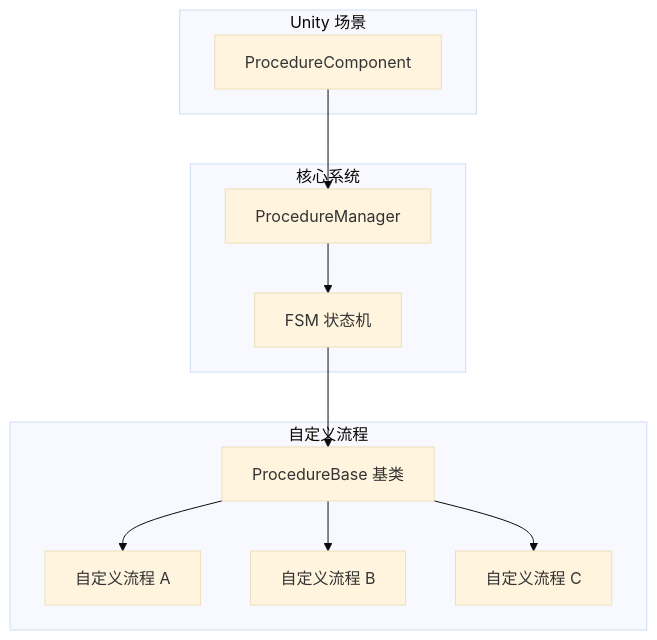
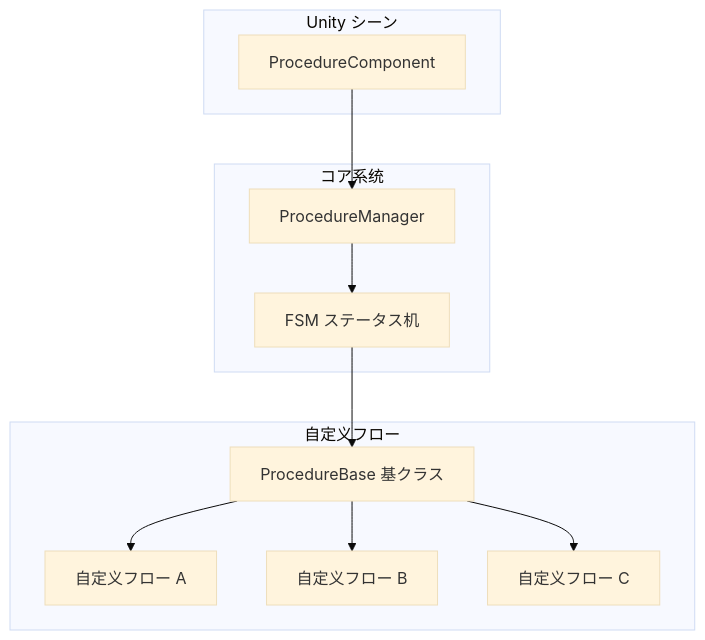
The first of 2 diagrams in docs/ja/client/unity/component/procedure/09.custom-procedures.md (AlianBlank/GameFrameX.Docs), drawn with Mermaid (base theme) before and after one commit. The commit also changed other lines of this file and 603 other files, not shown here.

````diff
--- a/docs/ja/client/unity/component/procedure/09.custom-procedures.md
+++ b/docs/ja/client/unity/component/procedure/09.custom-procedures.md
@@ -9,25 +9,25 @@
 ```mermaid
 flowchart TD
-    subgraph Unity["Unity 场景"]
+    subgraph Unity["Unity シーン"]
         PC[ProcedureComponent]
     end
     
-    subgraph Core["核心系统"]
+    subgraph Core["コア系统"]
         PM[ProcedureManager]
-        FSM[FSM 状态机]
+        FSM[FSM ステータス机]
     end
     
-    subgraph Procedures["自定义流程"]
-        P1[ProcedureBase 基类]
-        P2[自定义流程 A]
-        P3[自定义流程 B]
-        P4[自定义流程 C]
+    subgraph Procedures["自定义フロー"]
+        P1[ProcedureBase 基クラス]
+        P2[自定义フロー A]
+        P3[自定义フロー B]
+        P4[自定义フロー C]
     end
     
     PC --> PM
     PM --> FSM
     FSM --> P1
     P1 --> P2
     P1 --> P3
     P1 --> P4
 ```
````
